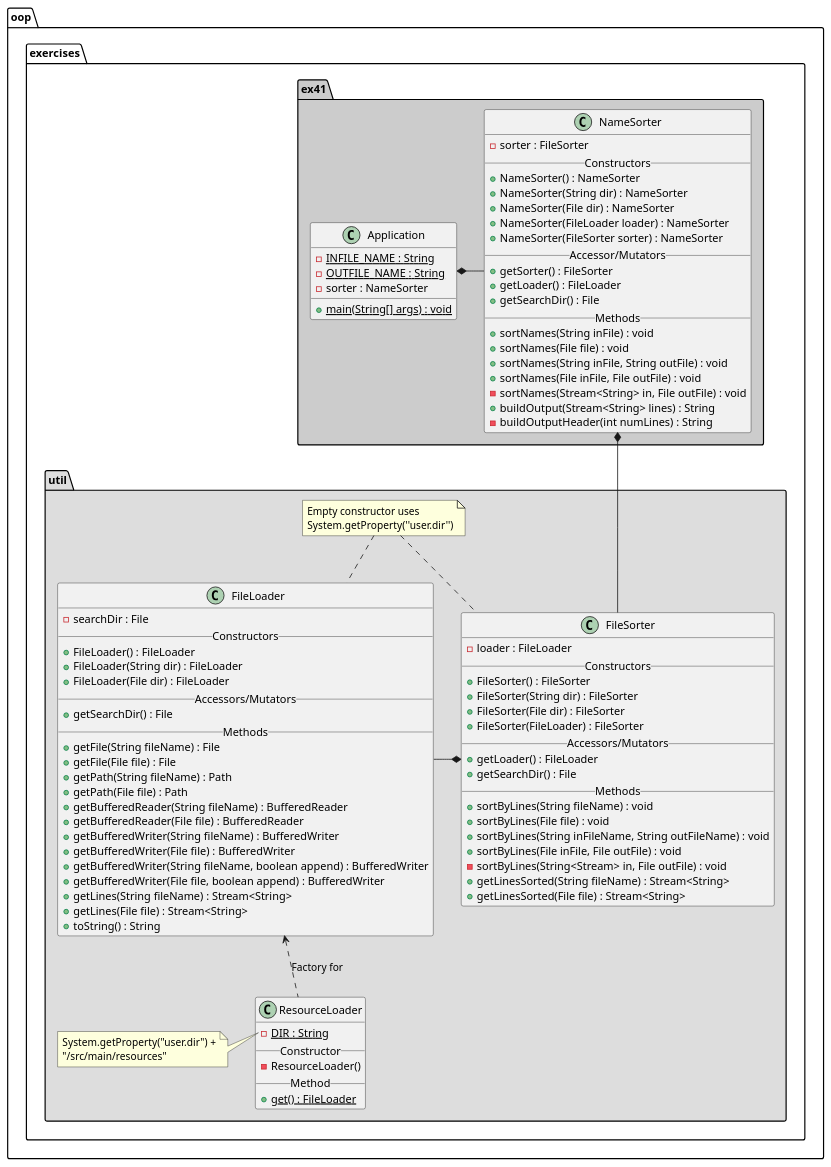
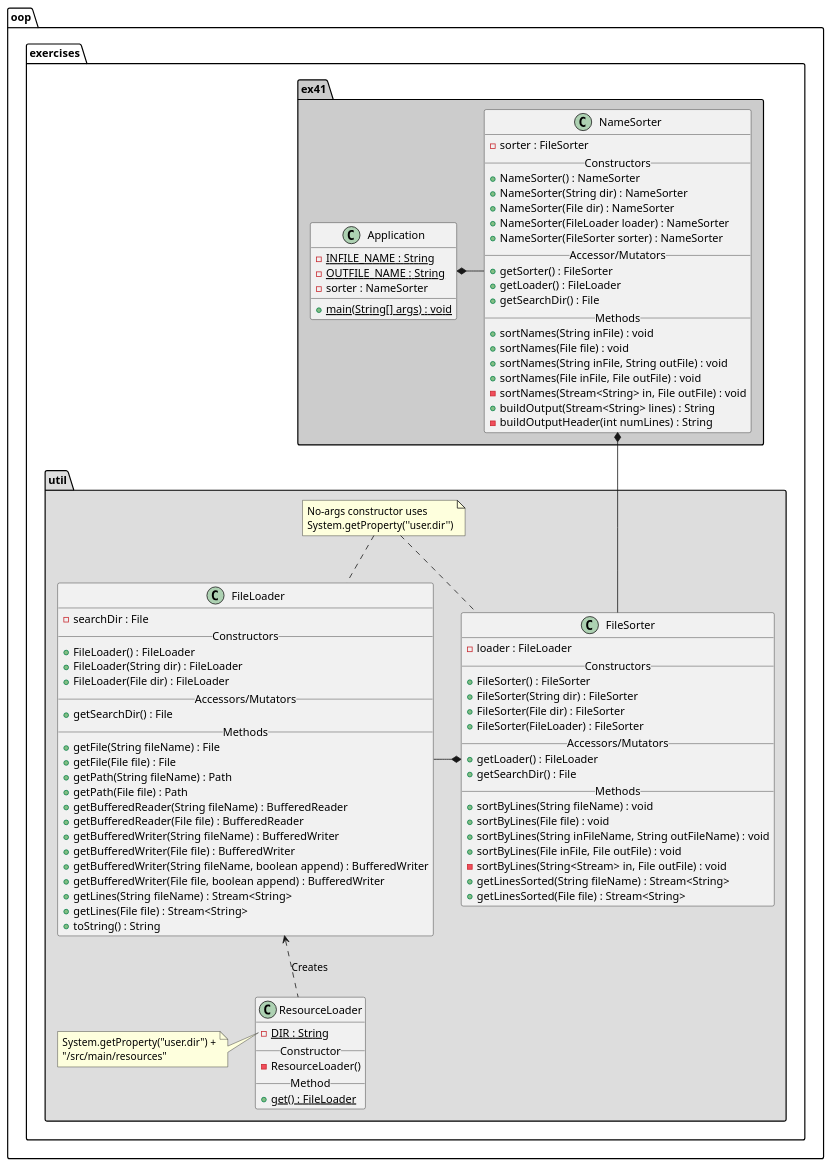
Before and after one commit to xera51/gray-cop3330-assignment3: the diagram in docs/ex41ClassDiagram.puml, drawn with PlantUML.

Commit message:
Updated note from "Factory for" to "create"

```diff
--- a/docs/ex41ClassDiagram.puml
+++ b/docs/ex41ClassDiagram.puml
@@ -1,106 +1,106 @@
 @startuml
 
 package oop.exercises.ex41 #CCCCCC {
     class Application {
         - {static} INFILE_NAME : String
         - {static} OUTFILE_NAME : String
         - sorter : NameSorter
 
         + {static} main(String[] args) : void
     }
 
     class NameSorter {
         - sorter : FileSorter
         __Constructors__
         + NameSorter() : NameSorter
         + NameSorter(String dir) : NameSorter
         + NameSorter(File dir) : NameSorter
         + NameSorter(FileLoader loader) : NameSorter
         + NameSorter(FileSorter sorter) : NameSorter
         __Accessor/Mutators__
         + getSorter() : FileSorter
         + getLoader() : FileLoader
         + getSearchDir() : File
         __Methods__
         + sortNames(String inFile) : void
         + sortNames(File file) : void
         + sortNames(String inFile, String outFile) : void
         + sortNames(File inFile, File outFile) : void
         - sortNames(Stream<String> in, File outFile) : void
         + buildOutput(Stream<String> lines) : String
         - buildOutputHeader(int numLines) : String
     }
 
     Application *- NameSorter
 }
 
 package oop.exercises.util #DDDDDD {
 
     class FileLoader {
         - searchDir : File
         __Constructors__
         + FileLoader() : FileLoader
         + FileLoader(String dir) : FileLoader
         + FileLoader(File dir) : FileLoader
         __Accessors/Mutators__
         + getSearchDir() : File
         __Methods__
         + getFile(String fileName) : File
         + getFile(File file) : File
         + getPath(String fileName) : Path
         + getPath(File file) : Path
         + getBufferedReader(String fileName) : BufferedReader
         + getBufferedReader(File file) : BufferedReader
         + getBufferedWriter(String fileName) : BufferedWriter
         + getBufferedWriter(File file) : BufferedWriter
         + getBufferedWriter(String fileName, boolean append) : BufferedWriter
         + getBufferedWriter(File file, boolean append) : BufferedWriter
         + getLines(String fileName) : Stream<String>
         + getLines(File file) : Stream<String>
         + toString() : String
     }
 
     class ResourceLoader {
         - {static} DIR : String
         __Constructor__
         - ResourceLoader()
         __Method__
         + {static} get() : FileLoader
     }
 
     class FileSorter {
         - loader : FileLoader
         __Constructors__
         + FileSorter() : FileSorter
         + FileSorter(String dir) : FileSorter
         + FileSorter(File dir) : FileSorter
         + FileSorter(FileLoader) : FileSorter
         __Accessors/Mutators__
         + getLoader() : FileLoader
         + getSearchDir() : File
         __Methods__
         + sortByLines(String fileName) : void
         + sortByLines(File file) : void
         + sortByLines(String inFileName, String outFileName) : void
         + sortByLines(File inFile, File outFile) : void
         - sortByLines(String<Stream> in, File outFile) : void
         + getLinesSorted(String fileName) : Stream<String>
         + getLinesSorted(File file) : Stream<String>
     }
 
-    FileLoader <.. ResourceLoader : "Factory for"
+    FileLoader <.. ResourceLoader : "Creates"
     FileSorter *- FileLoader
 
-    note "Empty constructor uses\nSystem.getProperty(''user.dir'')" as emptyConstructorNote
+    note "No-args constructor uses\nSystem.getProperty(''user.dir'')" as emptyConstructorNote
     emptyConstructorNote .. FileSorter
     emptyConstructorNote .. FileLoader
 
     note left of ResourceLoader::DIR
         System.getProperty("user.dir") +
         "/src/main/resources"
     end note
 }
 
 NameSorter *--- FileSorter
 
 @enduml
```
